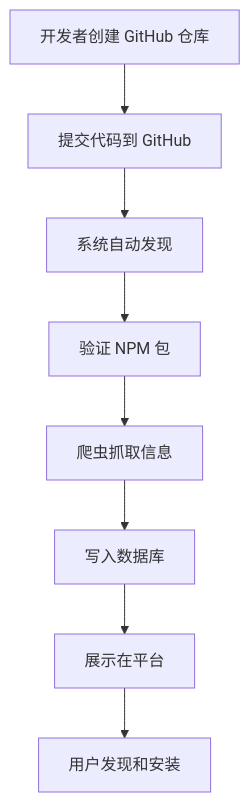
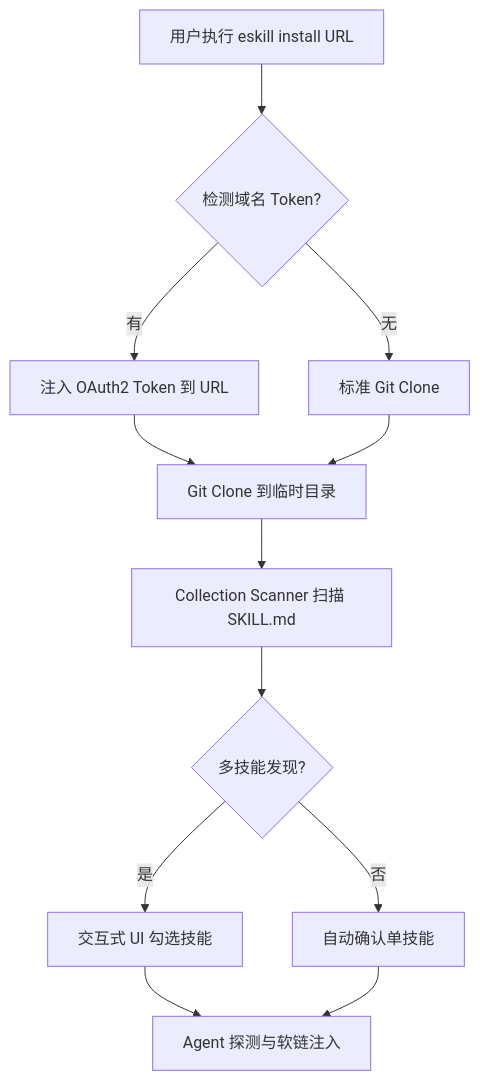
The first of 2 diagrams in docs/ARCHITECTURE.md (empjs/skill), drawn with Mermaid before and after one commit. The commit also changed other lines of this file and 2 other files, not shown here.

Commit message:
docs: 同步更新内部技术文档，涵盖按需安装与鉴权架构

````diff
--- a/docs/ARCHITECTURE.md
+++ b/docs/ARCHITECTURE.md
@@ -48,10 +50,14 @@
 ```mermaid
 graph TD
-    A[开发者创建 GitHub 仓库] --> B[提交代码到 GitHub]
-    B --> C[系统自动发现]
-    C --> D[验证 NPM 包]
-    D --> E[爬虫抓取信息]
-    E --> F[写入数据库]
-    F --> G[展示在平台]
-    G --> H[用户发现和安装]
+    A[用户执行 eskill install URL] --> B{检测域名 Token?}
+    B -->|有| C[注入 OAuth2 Token 到 URL]
+    B -->|无| D[标准 Git Clone]
+    C --> E[Git Clone 到临时目录]
+    D --> E
+    E --> F[Collection Scanner 扫描 SKILL.md]
+    F --> G{多技能发现?}
+    G -->|是| H[交互式 UI 勾选技能]
+    G -->|否| I[自动确认单技能]
+    H --> J[Agent 探测与软链注入]
+    I --> J
 ```
````
